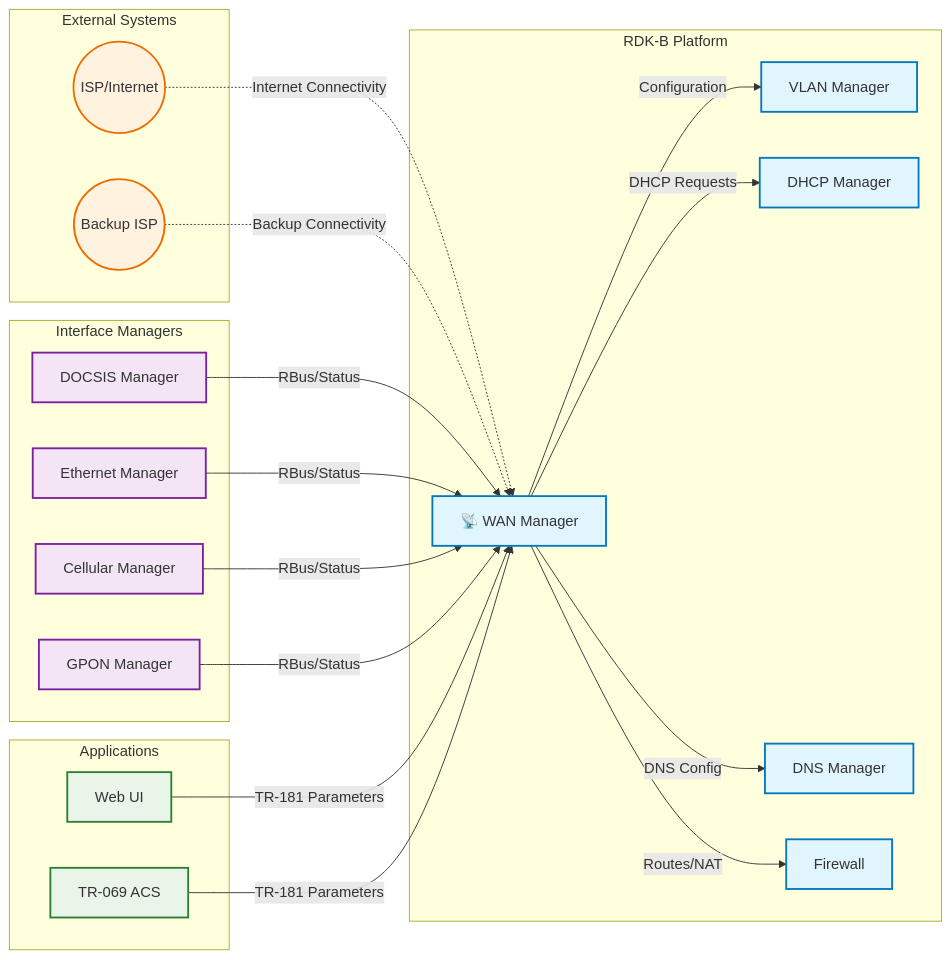
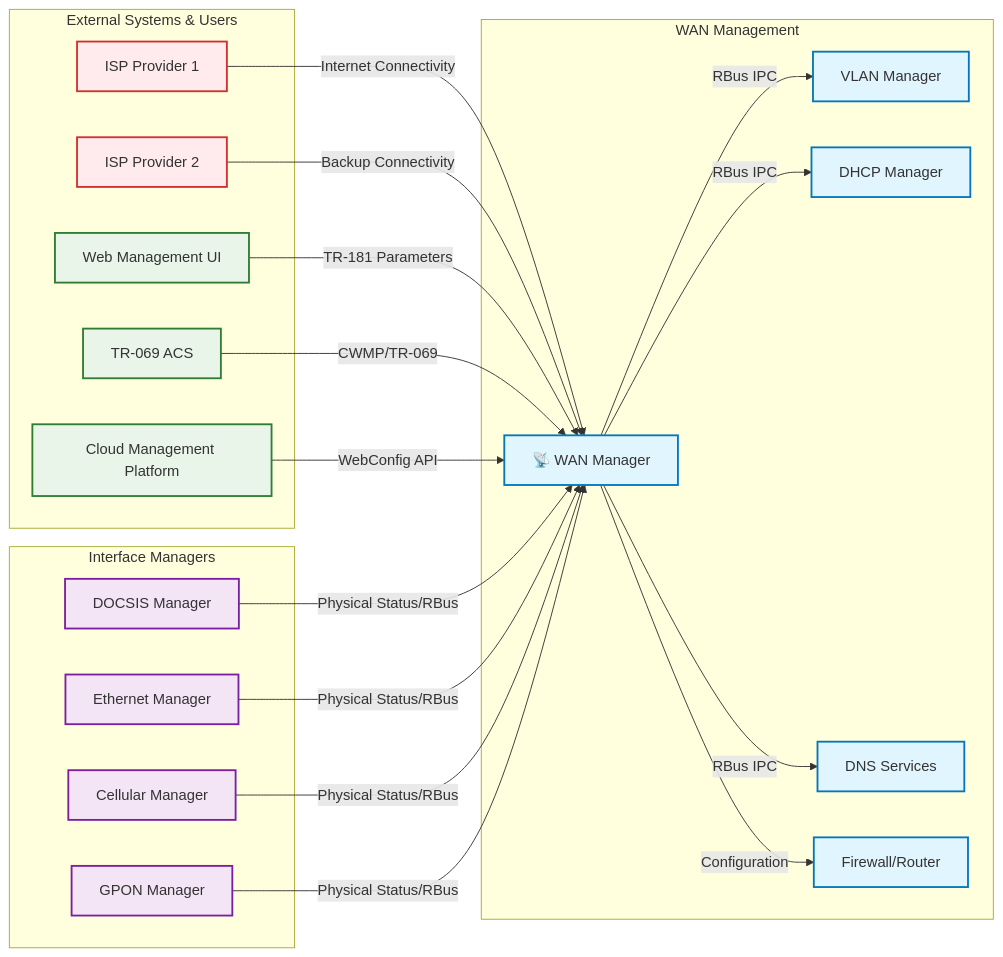
Before and after one commit to rns21/RDK_Documentation: the first of 7 diagrams in docs/docu/WANMgr_Claude_2609.md, drawn with Mermaid. The commit also changed other lines of this file and 19 other files, not shown here.

````diff
--- a/docs/docu/WANMgr_Claude_2609.md
+++ b/docs/docu/WANMgr_Claude_2609.md
@@ -5,53 +5,51 @@
 ```mermaid
 graph LR
-    subgraph "External Systems"
-        ISP1((ISP/Internet))
-        ISP2((Backup ISP))
+    subgraph External ["External Systems & Users"]
+        ISP1[ISP Provider 1]
+        ISP2[ISP Provider 2] 
+        WEBUI[Web Management UI]
+        TR069[TR-069 ACS]
+        CloudMgmt[Cloud Management Platform]
     end
     
-    subgraph "Interface Managers"
+    subgraph "WAN Management"
+        WM[📡 WAN Manager]
+        VLAN[VLAN Manager]
+        DHCP[DHCP Manager] 
+        DNS[DNS Services]
+        FW[Firewall/Router]
+    end
+    
+    subgraph InterfaceManagers ["Interface Managers"]
         DOCSIS[DOCSIS Manager]
         ETH[Ethernet Manager]
         CELLULAR[Cellular Manager]
         GPON[GPON Manager]
     end
     
-    subgraph "RDK-B Platform"
-        WM[📡 WAN Manager]
-        VLAN[VLAN Manager]
-        DHCP[DHCP Manager]
-        DNS[DNS Manager]
-        FW[Firewall]
-    end
+    ISP1 -->|Internet Connectivity| WM
+    ISP2 -->|Backup Connectivity| WM
+    WEBUI -->|TR-181 Parameters| WM
+    TR069 -->|CWMP/TR-069| WM
+    CloudMgmt -->|WebConfig API| WM
     
-    subgraph "Applications"
-        WEBUI[Web UI]
-        TR069[TR-069 ACS]
-    end
+    WM -->|RBus IPC| VLAN
+    WM -->|RBus IPC| DHCP
+    WM -->|RBus IPC| DNS
+    WM -->|Configuration| FW
     
-    ISP1 -.->|Internet Connectivity| WM
-    ISP2 -.->|Backup Connectivity| WM
-    
-    DOCSIS -->|RBus/Status| WM
-    ETH -->|RBus/Status| WM  
-    CELLULAR -->|RBus/Status| WM
-    GPON -->|RBus/Status| WM
-    
-    WM -->|Configuration| VLAN
-    WM -->|DHCP Requests| DHCP
-    WM -->|DNS Config| DNS
-    WM -->|Routes/NAT| FW
-    
-    WEBUI -->|TR-181 Parameters| WM
-    TR069 -->|TR-181 Parameters| WM
-    
-    classDef external fill:#fff3e0,stroke:#ef6c00,stroke-width:2px;
+    DOCSIS -->|Physical Status/RBus| WM
+    ETH -->|Physical Status/RBus| WM
+    CELLULAR -->|Physical Status/RBus| WM
+    GPON -->|Physical Status/RBus| WM
+
+    classDef external fill:#ffebee,stroke:#d32f2f,stroke-width:2px;
     classDef component fill:#e1f5fe,stroke:#0277bd,stroke-width:2px;
     classDef manager fill:#f3e5f5,stroke:#7b1fa2,stroke-width:2px;
     classDef app fill:#e8f5e8,stroke:#2e7d32,stroke-width:2px;
     
     class ISP1,ISP2 external;
     class WM,VLAN,DHCP,DNS,FW component;
     class DOCSIS,ETH,CELLULAR,GPON manager;
-    class WEBUI,TR069 app;
+    class WEBUI,TR069,CloudMgmt app;
 ```
````
